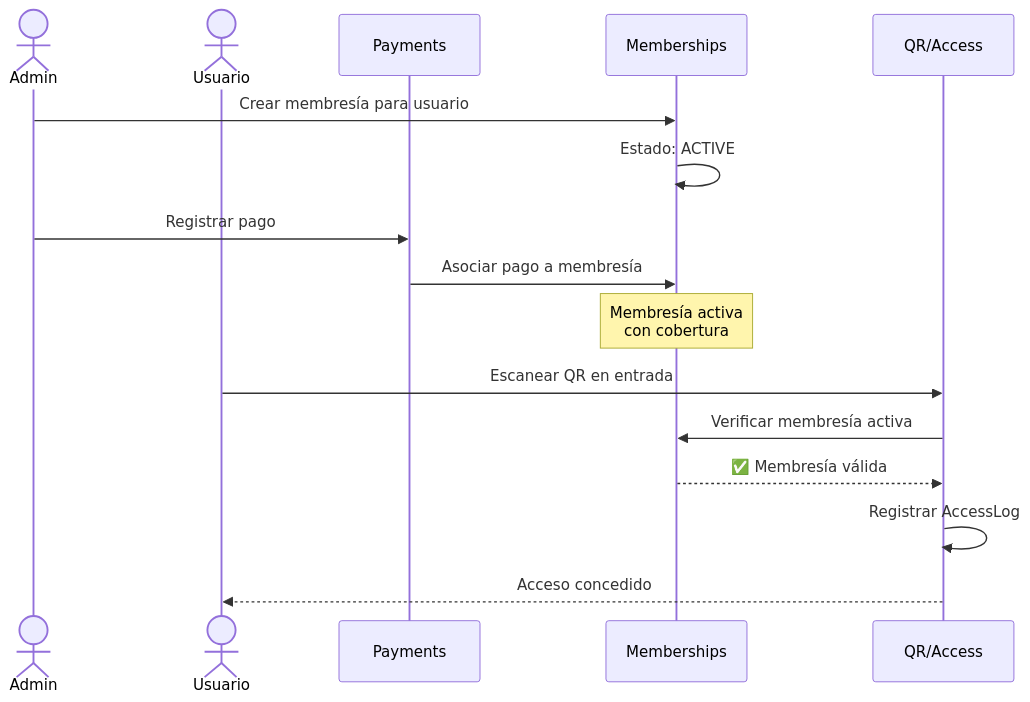
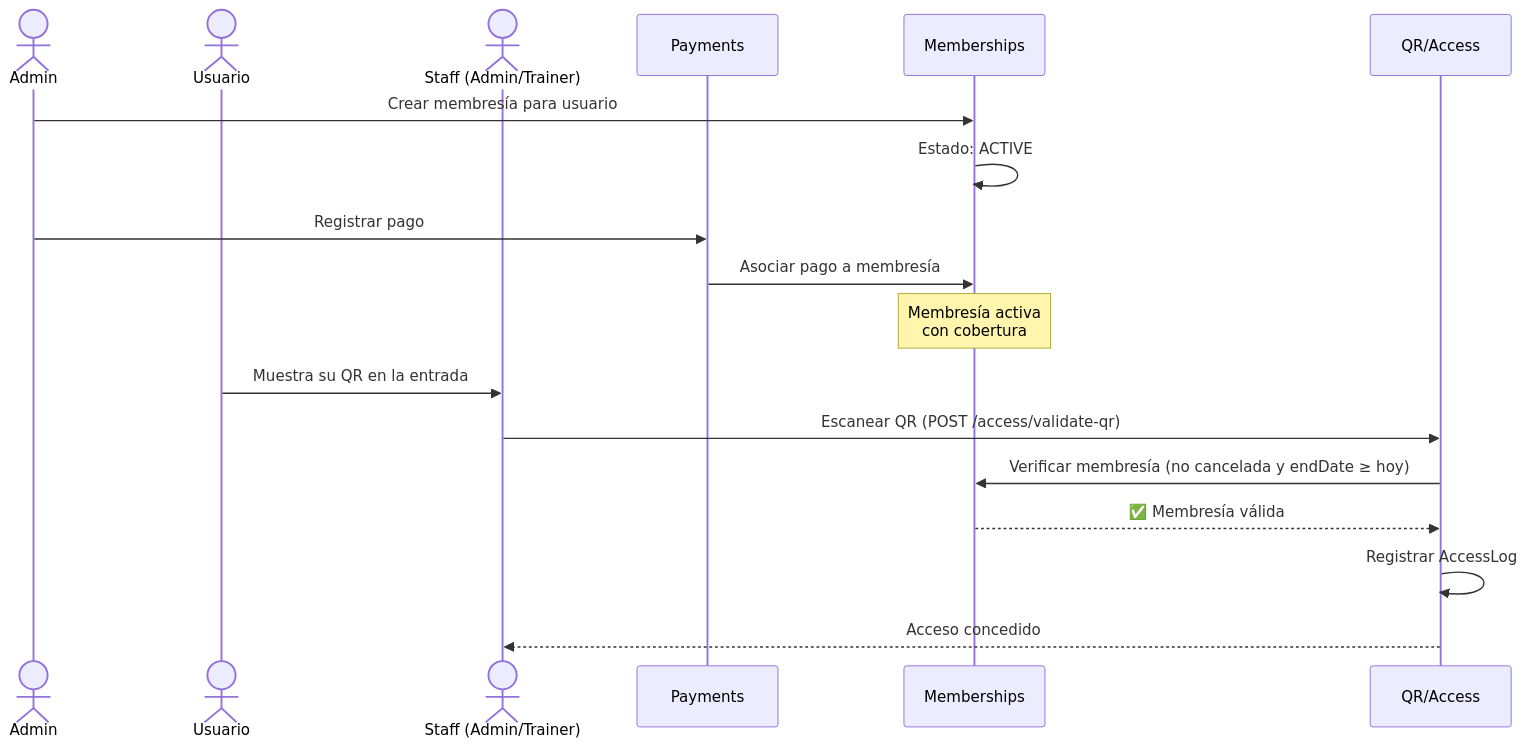
The sixth of 9 diagrams in docs/USER_FLOWS.md (fedebracesco1990/fitflow), drawn with Mermaid before and after one commit. The commit also changed other lines of this file and 6 other files, not shown here.

First line of the commit message:
docs: document audit-logs and scheduler, fix data model and user flows

````diff
--- a/docs/USER_FLOWS.md
+++ b/docs/USER_FLOWS.md
@@ -239,21 +262,23 @@
 ```mermaid
 sequenceDiagram
     actor A as Admin
     actor U as Usuario
+    actor S as Staff (Admin/Trainer)
     participant P as Payments
     participant M as Memberships
     participant Q as QR/Access
 
     A->>M: Crear membresía para usuario
     M->>M: Estado: ACTIVE
     A->>P: Registrar pago
     P->>M: Asociar pago a membresía
 
     Note over M: Membresía activa<br/>con cobertura
 
-    U->>Q: Escanear QR en entrada
-    Q->>M: Verificar membresía activa
+    U->>S: Muestra su QR en la entrada
+    S->>Q: Escanear QR (POST /access/validate-qr)
+    Q->>M: Verificar membresía (no cancelada y endDate ≥ hoy)
     M-->>Q: ✅ Membresía válida
     Q->>Q: Registrar AccessLog
-    Q-->>U: Acceso concedido
+    Q-->>S: Acceso concedido
 ```
````
